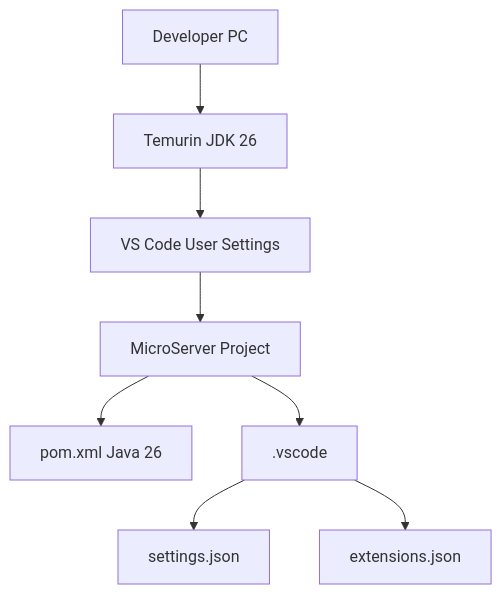
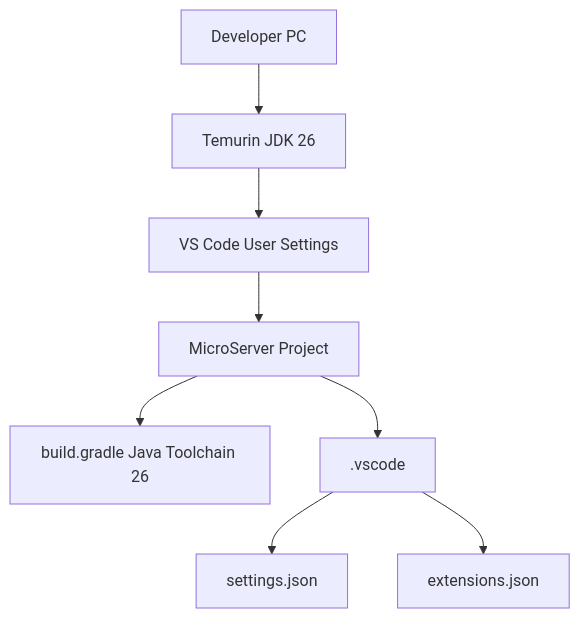
One commit to Team-Microserver/microserver-docs changed the third of 3 diagrams in docs/01_project_start/03_project_creation/project_environment/project_jdk_vscode_setup.md. Above: the diagram before and after it, drawn with Mermaid. The commit also changed other lines of this file and 30 other files, not shown here.

````diff
--- a/docs/01_project_start/03_project_creation/project_environment/project_jdk_vscode_setup.md
+++ b/docs/01_project_start/03_project_creation/project_environment/project_jdk_vscode_setup.md
@@ -721,12 +738,12 @@
 ```mermaid
 flowchart TB
     P[MicroServer Project]
-    P --> POM[pom.xml Java 26]
+    P --> BUILD[build.gradle Java Toolchain 26]
     P --> VS[.vscode]
     VS --> SETTINGS[settings.json]
     VS --> EXT[extensions.json]
 
     LOCAL[Developer PC] --> JDK[Temurin JDK 26]
     JDK --> USER[VS Code User Settings]
     USER --> P
 ```
````
